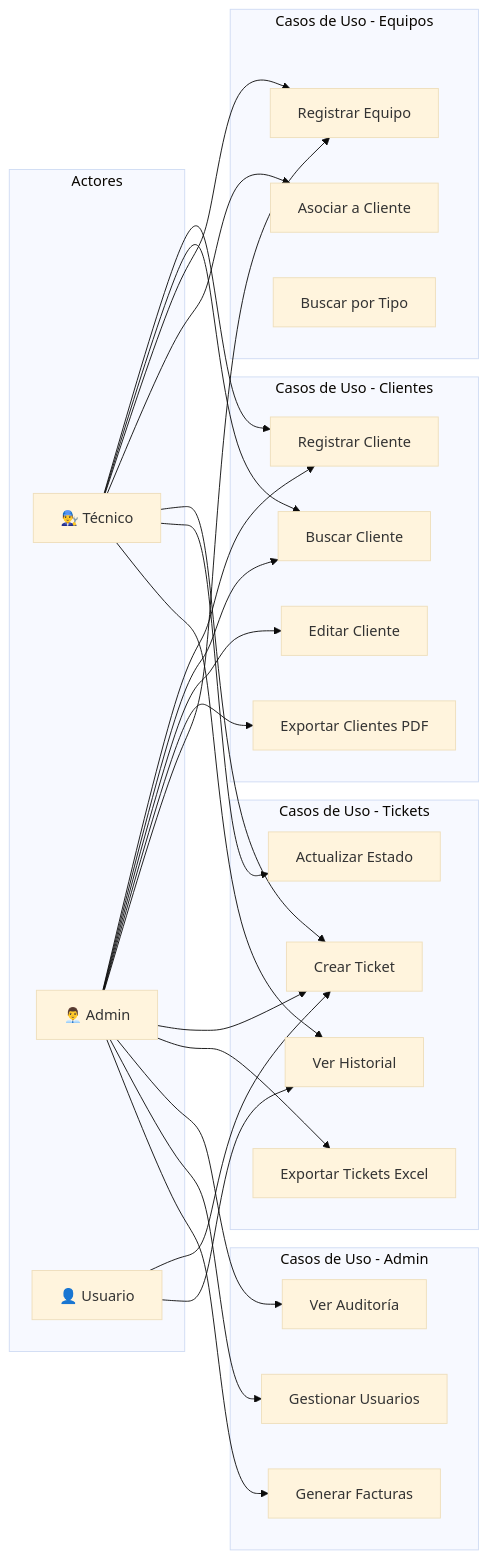
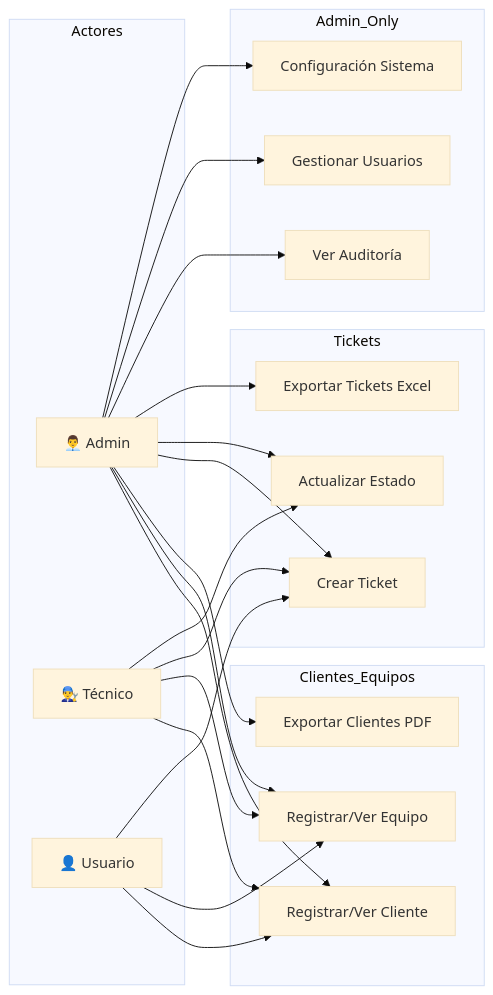
One commit to enri312/cyrcetech changed the third of 7 diagrams in project_manual.md. Above: the diagram before and after it, drawn with Mermaid (base theme). The commit also changed other lines of this file and 47 other files, not shown here.

````diff
--- a/project_manual.md
+++ b/project_manual.md
@@ -130,38 +106,30 @@
 ```mermaid
 graph LR
     subgraph Actores
+        Admin["👨‍💼 Admin"]
         Tech["👨‍🔧 Técnico"]
-        Admin["👨‍💼 Admin"]
         User["👤 Usuario"]
     end
 
-    subgraph "Casos de Uso - Clientes"
-        UC1["Registrar Cliente"]
-        UC2["Buscar Cliente"]
-        UC3["Editar Cliente"]
-        UC4["Exportar Clientes PDF"]
+    subgraph Clientes_Equipos
+        UC1["Registrar/Ver Cliente"]
+        UC2["Registrar/Ver Equipo"]
+        UC3["Exportar Clientes PDF"]
     end
 
-    subgraph "Casos de Uso - Equipos"
-        UC5["Registrar Equipo"]
-        UC6["Asociar a Cliente"]
-        UC7["Buscar por Tipo"]
-    end
-
-    subgraph "Casos de Uso - Tickets"
+    subgraph Tickets
         UC8["Crear Ticket"]
         UC9["Actualizar Estado"]
-        UC10["Ver Historial"]
         UC11["Exportar Tickets Excel"]
     end
 
-    subgraph "Casos de Uso - Admin"
+    subgraph Admin_Only
         UC12["Ver Auditoría"]
         UC13["Gestionar Usuarios"]
-        UC14["Generar Facturas"]
+        UC14["Configuración Sistema"]
     end
 
-    Tech --> UC1 & UC2 & UC5 & UC6 & UC8 & UC9 & UC10
-    Admin --> UC1 & UC2 & UC3 & UC4 & UC5 & UC8 & UC11 & UC12 & UC13 & UC14
-    User --> UC8 & UC10
+    Tech --> UC1 & UC2 & UC8 & UC9
+    User --> UC1 & UC2 & UC8
+    Admin --> UC1 & UC2 & UC3 & UC8 & UC9 & UC11 & UC12 & UC13 & UC14
 ```
````
